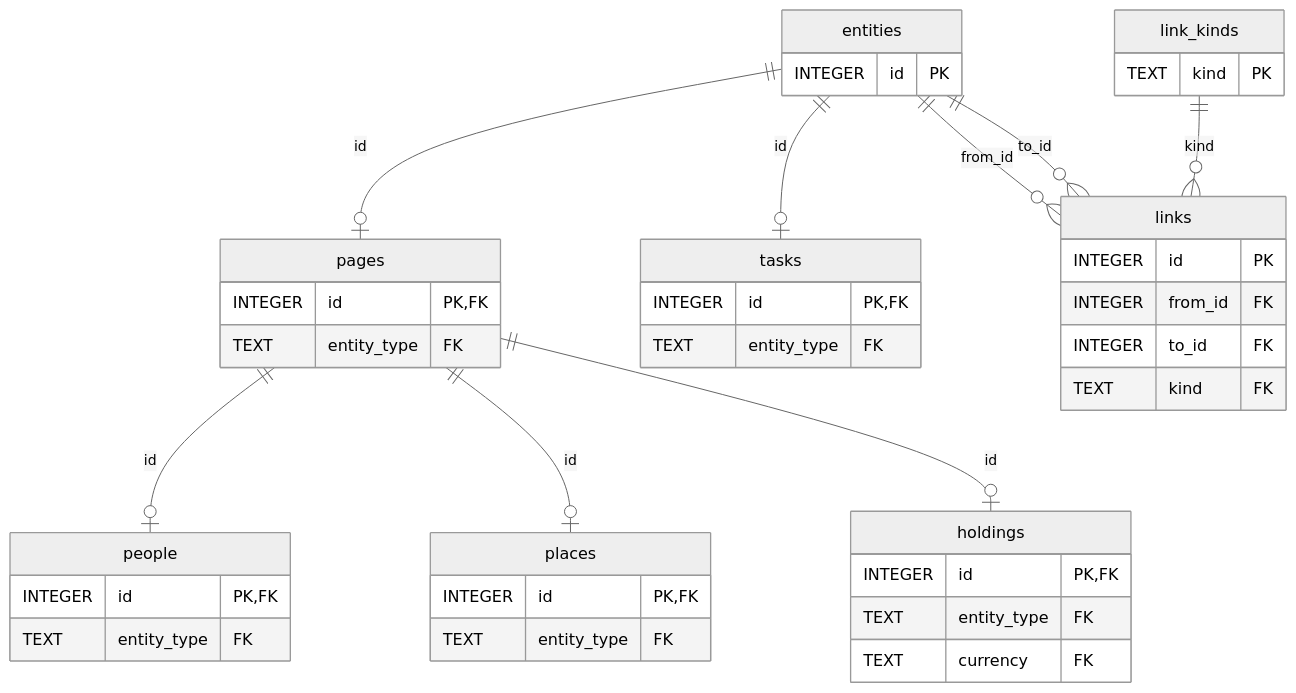
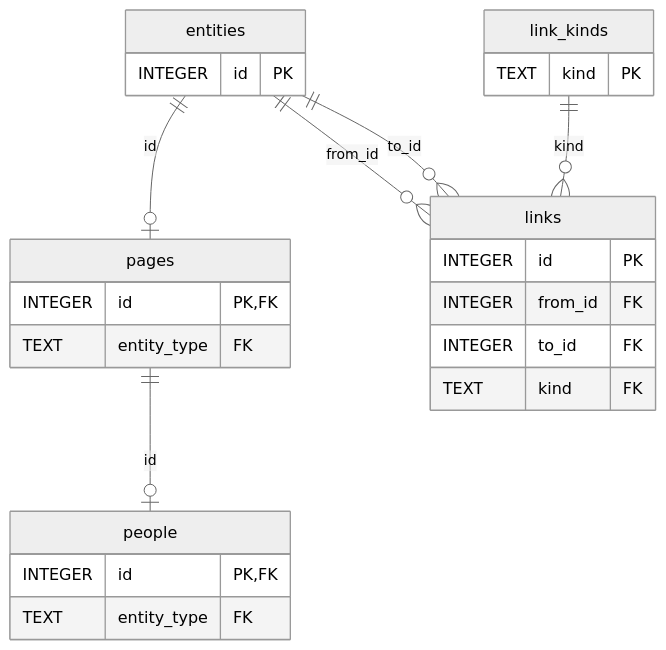
Before and after one commit to alexradunet/lifelogdb: the third of 7 diagrams in SCHEMA.md, drawn with Mermaid (neutral theme). The commit also changed other lines of this file and 19 other files, not shown here.

First line of the commit message:
SCHEMA.md: a life log, not a project manager — no tasks, money or location tier (D16, D18, D21, D23)

````diff
--- a/SCHEMA.md
+++ b/SCHEMA.md
@@ -1050,46 +852,30 @@
 ```mermaid
 %% diagram: er-core
 erDiagram
     entities ||--o| pages    : "id"
-    entities ||--o| tasks    : "id"
     pages    ||--o| people   : "id"
-    pages    ||--o| places   : "id"
-    pages    ||--o| holdings : "id"
     entities ||--o{ links    : "from_id"
     entities ||--o{ links    : "to_id"
     link_kinds ||--o{ links  : "kind"
 
     entities {
         INTEGER id PK
     }
     pages {
         INTEGER id PK, FK
         TEXT entity_type FK
     }
-    tasks {
-        INTEGER id PK, FK
-        TEXT entity_type FK
-    }
     people {
         INTEGER id PK, FK
         TEXT entity_type FK
-    }
-    places {
-        INTEGER id PK, FK
-        TEXT entity_type FK
-    }
-    holdings {
-        INTEGER id PK, FK
-        TEXT entity_type FK
-        TEXT currency FK
     }
     links {
         INTEGER id PK
         INTEGER from_id FK
         INTEGER to_id FK
         TEXT kind FK
     }
     link_kinds {
         TEXT kind PK
     }
 ```
````
